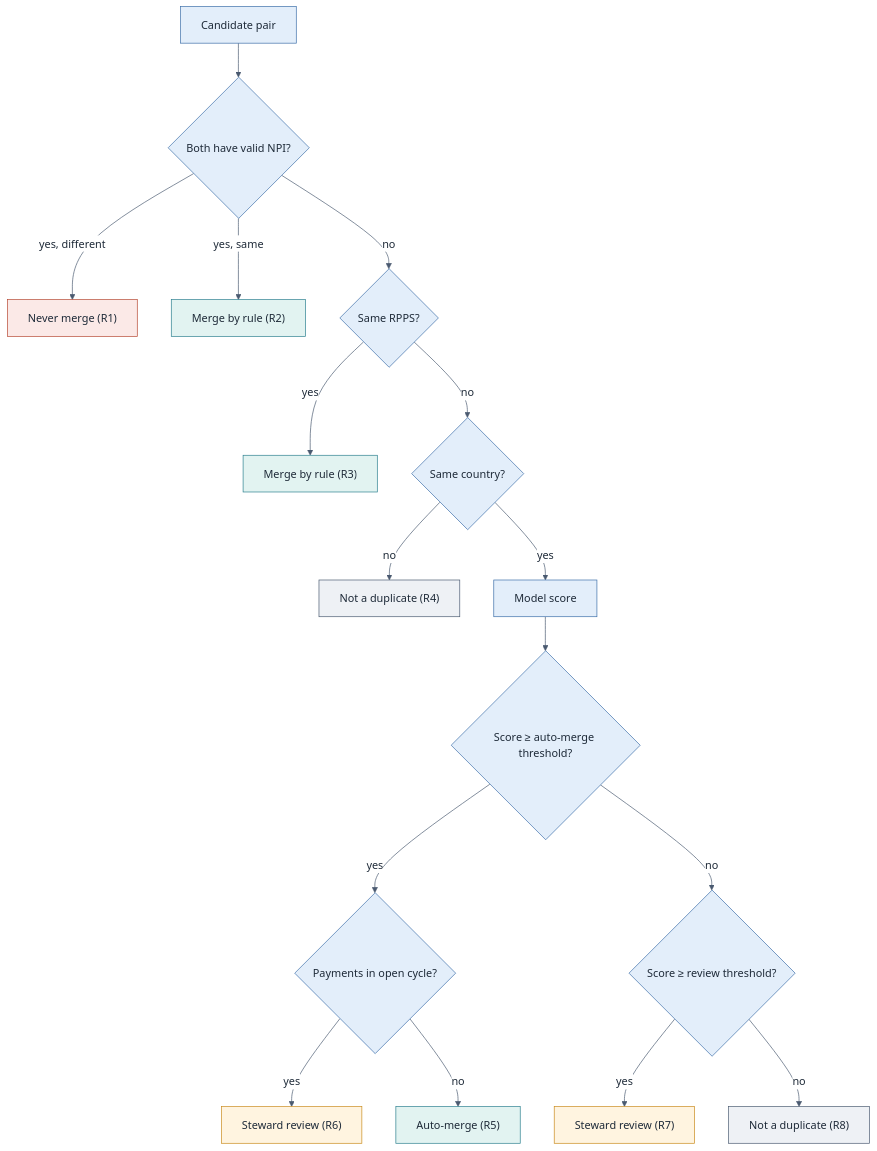
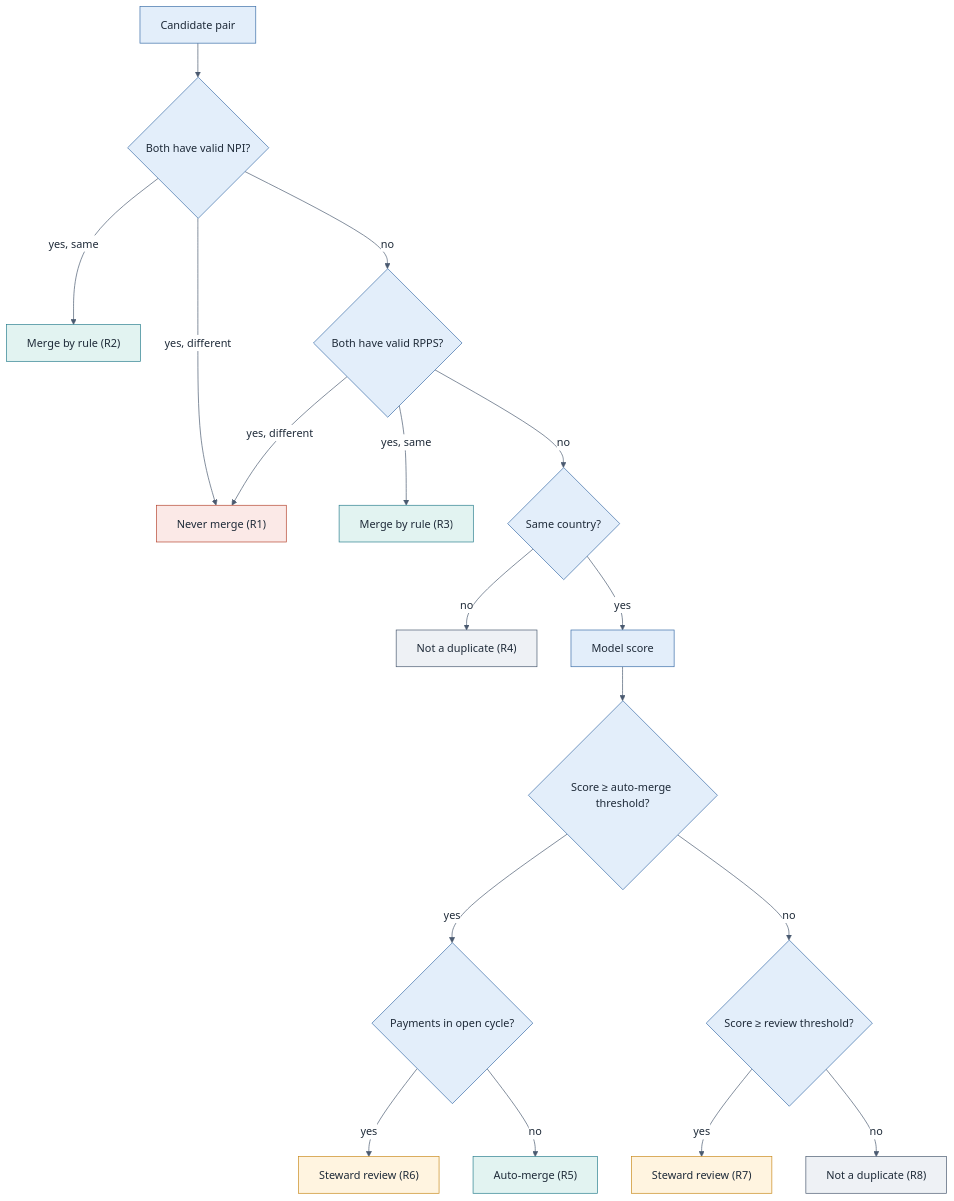
Before and after one commit to dimelnychuk91-lgtm/hcp-master-data-ba-case: the diagram in 04_models/matching_rules.md, drawn with Mermaid. The commit also changed other lines of this file and 18 other files, not shown here.

````diff
--- a/04_models/matching_rules.md
+++ b/04_models/matching_rules.md
@@ -23,27 +23,28 @@
 ```mermaid
 %%{init: {'theme':'base','themeVariables':{'fontFamily':'Arial','primaryColor':'#E3EEFA','primaryBorderColor':'#3B6EA8','primaryTextColor':'#1E2A38','lineColor':'#4A5A70','secondaryColor':'#E2F3F1','tertiaryColor':'#F7F9FC','edgeLabelBackground':'#FFFFFF'}}}%%
 flowchart TD
     A["Candidate pair"] --> B{"Both have valid NPI?"}
     B -- "yes, different" --> NM["Never merge (R1)"]
     B -- "yes, same" --> MR["Merge by rule (R2)"]
-    B -- "no" --> C{"Same RPPS?"}
-    C -- "yes" --> MR3["Merge by rule (R3)"]
+    B -- "no" --> C{"Both have valid RPPS?"}
+    C -- "yes, different" --> NM
+    C -- "yes, same" --> MR3["Merge by rule (R3)"]
     C -- "no" --> D{"Same country?"}
     D -- "no" --> ND1["Not a duplicate (R4)"]
     D -- "yes" --> S["Model score"]
     S --> E{"Score ≥ auto-merge threshold?"}
     E -- "yes" --> F{"Payments in open cycle?"}
     F -- "yes" --> RV["Steward review (R6)"]
     F -- "no" --> AM["Auto-merge (R5)"]
     E -- "no" --> G{"Score ≥ review threshold?"}
     G -- "yes" --> RV2["Steward review (R7)"]
     G -- "no" --> ND2["Not a duplicate (R8)"]
     classDef merge fill:#E2F3F1,stroke:#2A7F8E,color:#1E2A38
     classDef review fill:#FFF4E0,stroke:#C98A1B,color:#1E2A38
     classDef stop fill:#FBE9E7,stroke:#B5452F,color:#1E2A38
     classDef none fill:#EEF1F5,stroke:#4A5A70,color:#1E2A38
     class MR,MR3,AM merge
     class RV,RV2 review
     class NM stop
     class ND1,ND2 none
 ```
````
